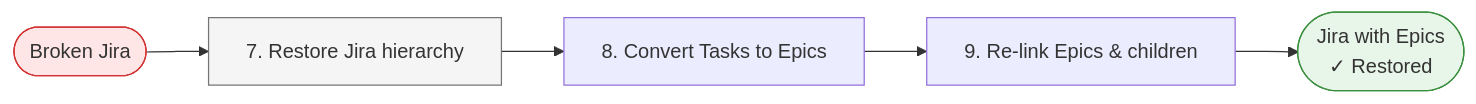
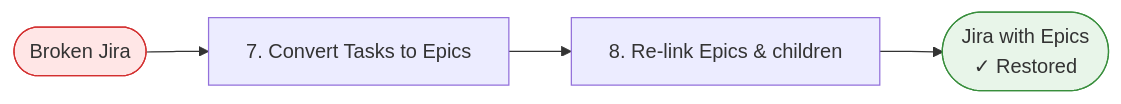
One commit to keboola/linear-migration-tools changed the fourth of 4 diagrams in README.md. Above: the diagram before and after it, drawn with Mermaid. The commit also changed other lines of this file and 6 other files, not shown here.

````diff
--- a/README.md
+++ b/README.md
@@ -48,11 +56,9 @@
 ```mermaid
 graph LR
-    Start2([Broken Jira]) --> Step7[7. Restore Jira hierarchy]
-    Step7 --> Step8[8. Convert Tasks to Epics]
-    Step8 --> Step9[9. Re-link Epics & children]
-    Step9 --> End([Jira with Epics<br/>✓ Restored])
+    Start3([Broken Jira]) --> Step7[7. Convert Tasks to Epics]
+    Step7 --> Step8[8. Re-link Epics & children]
+    Step8 --> End2([Jira with Epics<br/>✓ Restored])
 
-    style Start2 fill:#ffe6e6,stroke:#d32f2f
-    style End fill:#e8f5e9,stroke:#388e3c
-    style Step7 fill:#f5f5f5,stroke:#757575
+    style Start3 fill:#ffe6e6,stroke:#d32f2f
+    style End2 fill:#e8f5e9,stroke:#388e3c
 ```
````
